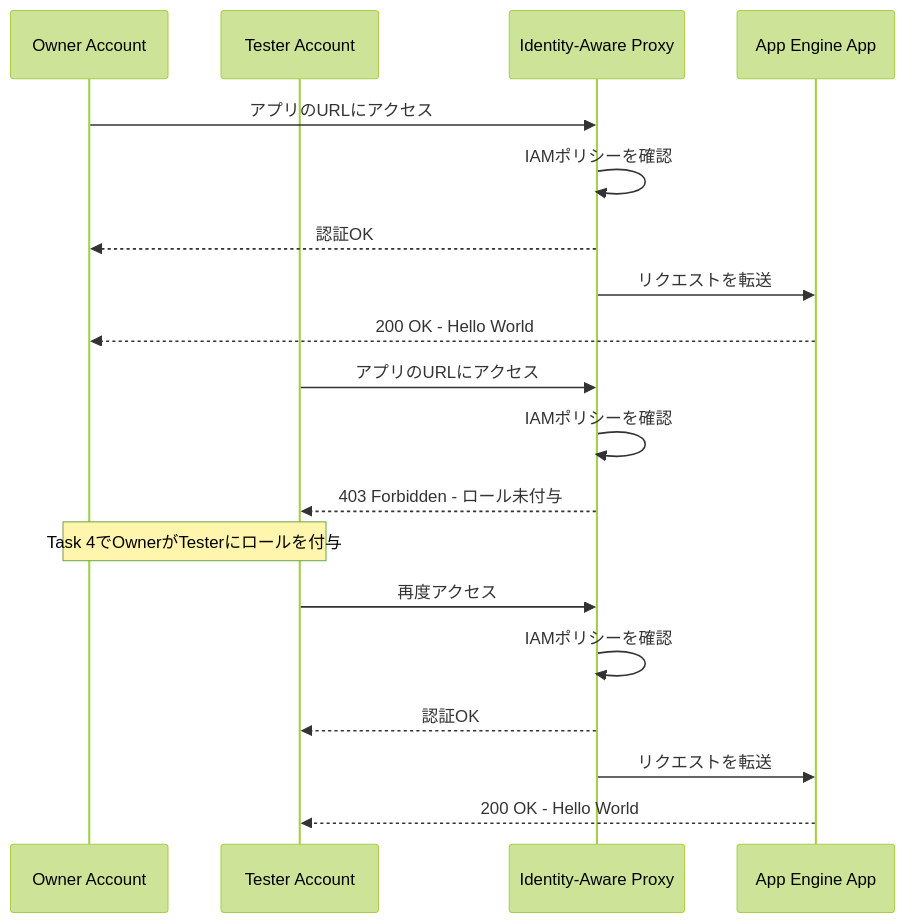
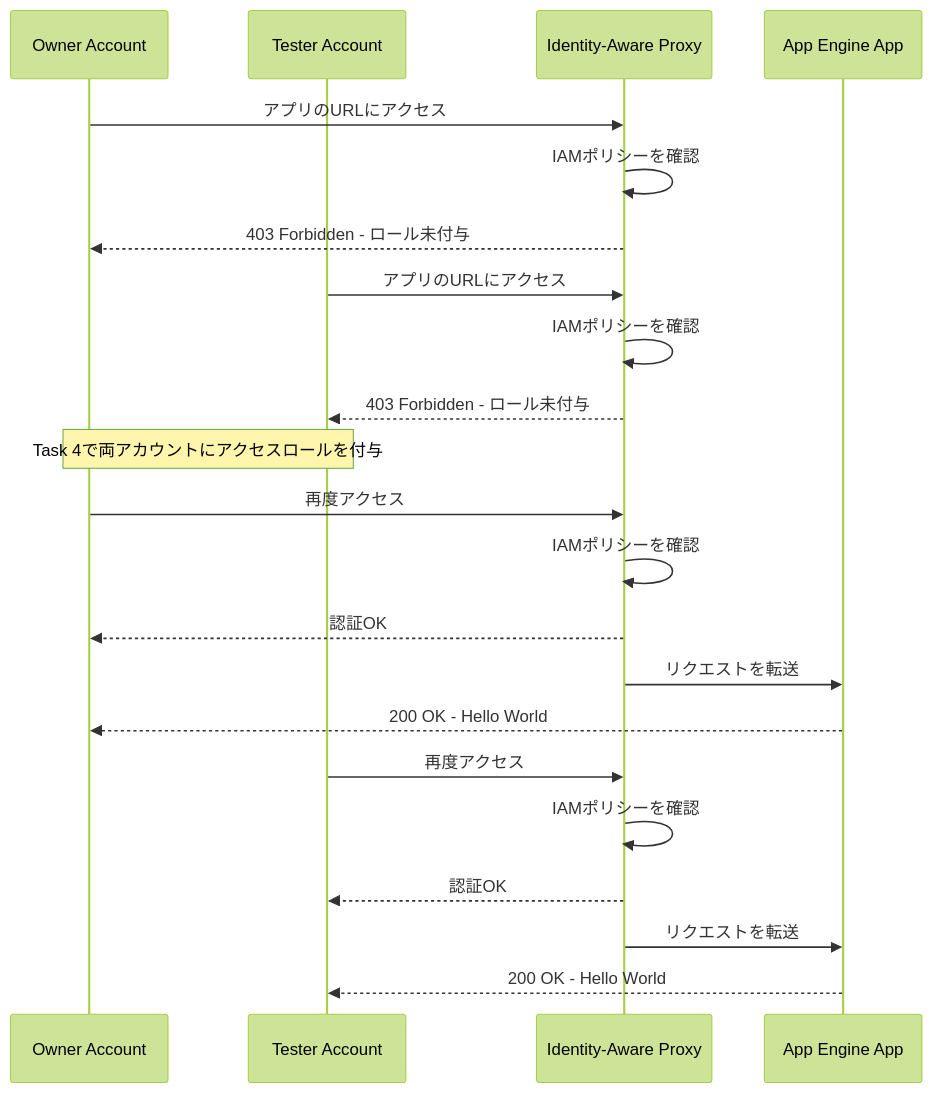
Before and after one commit to myoshi2891/Cloud-Infrastructure-Studies: the third of 3 diagrams in Chrome-enterprise-premium-cloud-security-challenge-lab-guide.md, drawn with Mermaid (forest theme). The commit also changed other lines of this file and 1 other file, not shown here.

Commit message:
docs(iap): require explicit app access roles

````diff
--- a/Chrome-enterprise-premium-cloud-security-challenge-lab-guide.md
+++ b/Chrome-enterprise-premium-cloud-security-challenge-lab-guide.md
@@ -188,25 +188,29 @@
 ```mermaid
 sequenceDiagram
     participant Owner as Owner Account
     participant Tester as Tester Account
     participant IAP as Identity-Aware Proxy
     participant App as App Engine App
 
     Owner->>IAP: アプリのURLにアクセス
     IAP->>IAP: IAMポリシーを確認
-    IAP-->>Owner: 認証OK
-    IAP->>App: リクエストを転送
-    App-->>Owner: 200 OK - Hello World
+    IAP-->>Owner: 403 Forbidden - ロール未付与
 
     Tester->>IAP: アプリのURLにアクセス
     IAP->>IAP: IAMポリシーを確認
     IAP-->>Tester: 403 Forbidden - ロール未付与
 
-    Note over Owner,Tester: Task 4でOwnerがTesterにロールを付与
+    Note over Owner,Tester: Task 4で両アカウントにアクセスロールを付与
+
+    Owner->>IAP: 再度アクセス
+    IAP->>IAP: IAMポリシーを確認
+    IAP-->>Owner: 認証OK
+    IAP->>App: リクエストを転送
+    App-->>Owner: 200 OK - Hello World
 
     Tester->>IAP: 再度アクセス
     IAP->>IAP: IAMポリシーを確認
     IAP-->>Tester: 認証OK
     IAP->>App: リクエストを転送
     App-->>Tester: 200 OK - Hello World
 ```
````
